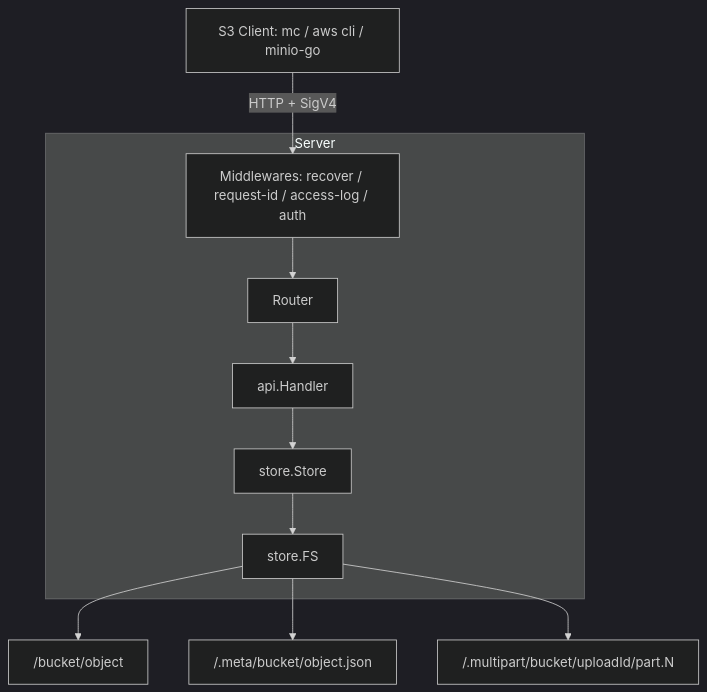
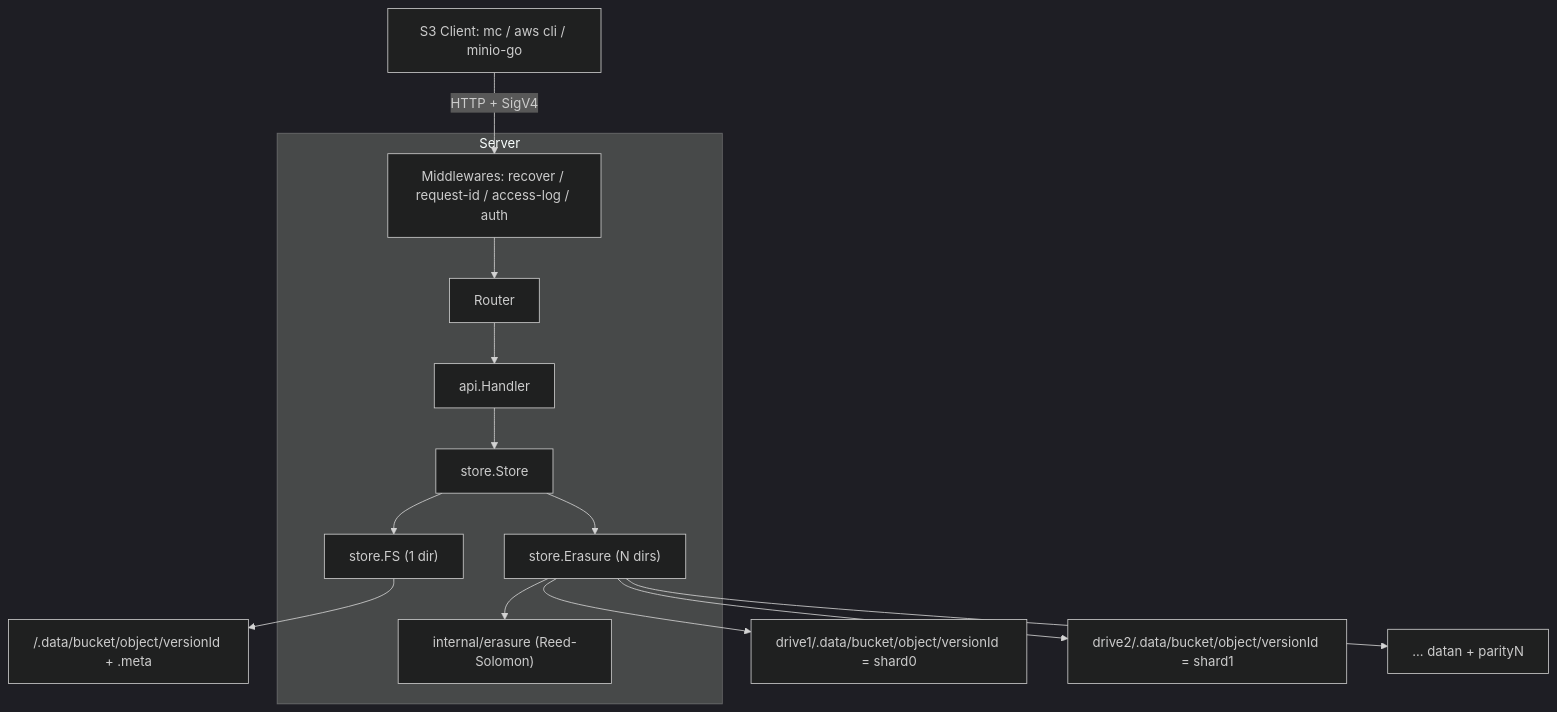
Before and after one commit to KeXingJian/gos3: the first of 2 diagrams in README.md, drawn with Mermaid (dark theme). The commit also changed other lines of this file and 16 other files, not shown here.

````diff
--- a/README.md
+++ b/README.md
@@ -64,13 +75,16 @@
 ```mermaid
 flowchart TD
     C[S3 Client: mc / aws cli / minio-go] -->|HTTP + SigV4| MW
     subgraph Server
         MW[Middlewares: recover / request-id / access-log / auth] --> R[Router]
         R --> H[api.Handler]
         H --> ST[store.Store]
-        ST --> FS[store.FS]
+        ST --> FS["store.FS (1 dir)"]
+        ST --> ER["store.Erasure (N dirs)"]
+        ER --> RS["internal/erasure (Reed-Solomon)"]
     end
-    FS --> DATA[<root>/bucket/object]
-    FS --> META[<root>/.meta/bucket/object.json]
-    FS --> MP[<root>/.multipart/bucket/uploadId/part.N]
+    FS --> DATA[<root>/.data/bucket/object/versionId + .meta]
+    ER --> D1[drive1/.data/bucket/object/versionId = shard0]
+    ER --> D2[drive2/.data/bucket/object/versionId = shard1]
+    ER --> DN["... datan + parityN"]
 ```
````
